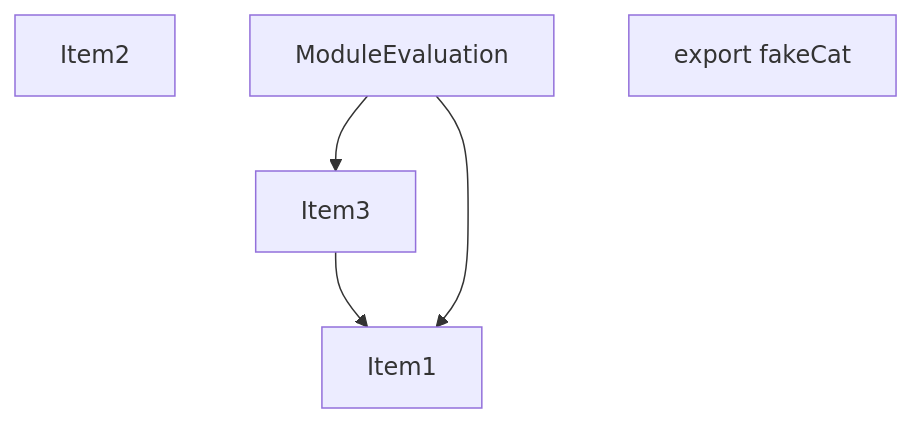
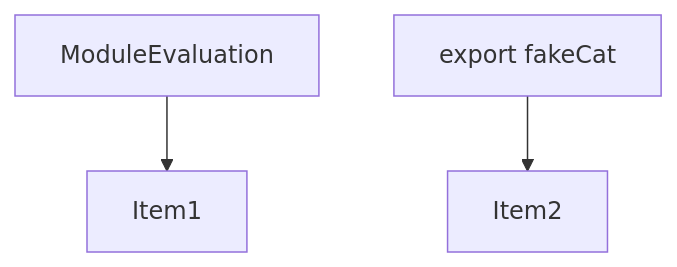
Before and after one commit to vercel/turborepo: the fourth of 5 diagrams in crates/turbopack-ecmascript/tests/tree-shaker/analyzer/export-named/output.md, drawn with Mermaid. The commit also changed other lines of this file and 6 other files, not shown here.

````diff
--- a/crates/turbopack-ecmascript/tests/tree-shaker/analyzer/export-named/output.md
+++ b/crates/turbopack-ecmascript/tests/tree-shaker/analyzer/export-named/output.md
@@ -71,13 +56,11 @@
 ```mermaid
 graph TD
     Item1;
     Item2;
     Item3;
+    Item3["ModuleEvaluation"];
     Item4;
-    Item4["ModuleEvaluation"];
-    Item5;
-    Item5["export fakeCat"];
+    Item4["export fakeCat"];
     Item3 --> Item1;
-    Item4 --> Item1;
-    Item4 --> Item3;
+    Item4 --> Item2;
 ```
````
